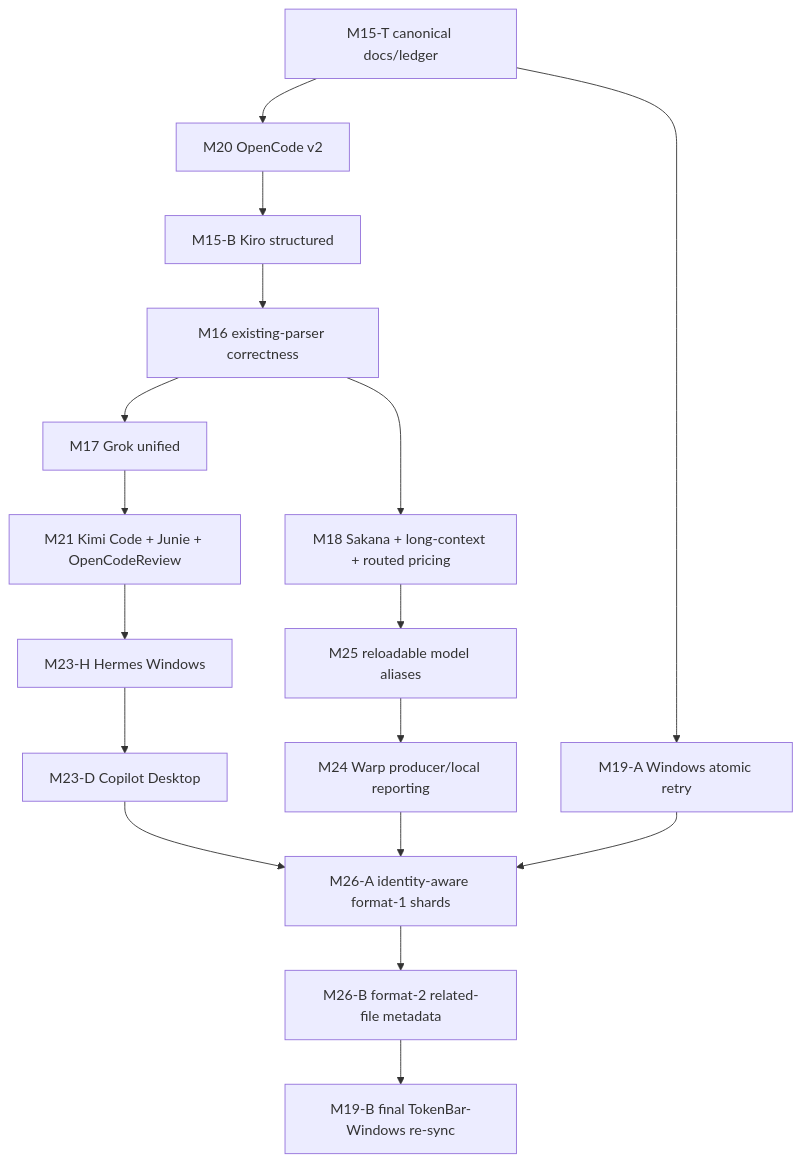
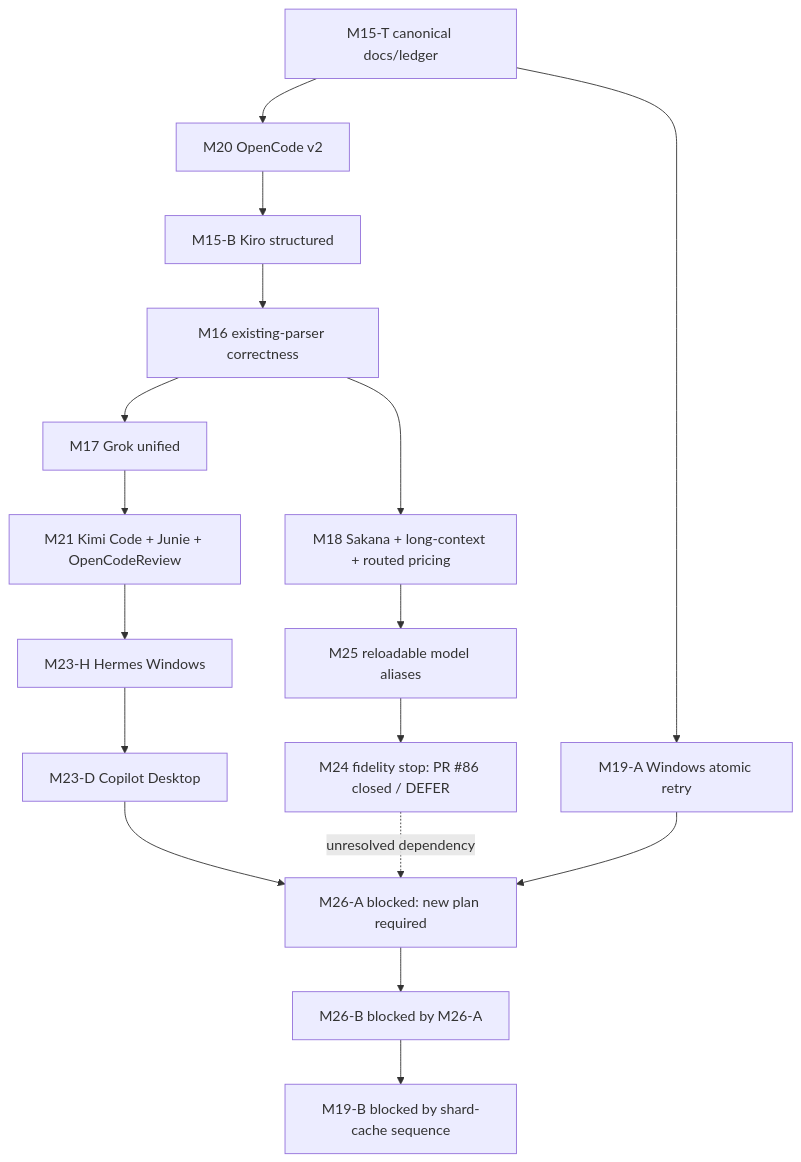
The first of 2 diagrams in docs/knowledge/plans/tokscale-alignment.md (Nanako0129/TokenBar), drawn with Mermaid before and after one commit. The commit also changed other lines of this file and 2 other files, not shown here.

First line of the commit message:
docs(vendor): defer M24 Warp alignment

````diff
--- a/docs/knowledge/plans/tokscale-alignment.md
+++ b/docs/knowledge/plans/tokscale-alignment.md
@@ -77,23 +78,23 @@
 ```mermaid
 flowchart TD
     T[M15-T canonical docs/ledger] --> O[M20 OpenCode v2]
     O --> K[M15-B Kiro structured]
     K --> C[M16 existing-parser correctness]
 
     C --> G[M17 Grok unified]
     G --> N1[M21 Kimi Code + Junie + OpenCodeReview]
     N1 --> H[M23-H Hermes Windows]
     H --> D[M23-D Copilot Desktop]
 
     C --> P[M18 Sakana + long-context + routed pricing]
     P --> A[M25 reloadable model aliases]
-    A --> W[M24 Warp producer/local reporting]
+    A --> W[M24 fidelity stop: PR #86 closed / DEFER]
 
     T --> F[M19-A Windows atomic retry]
 
-    D --> SA[M26-A identity-aware format-1 shards]
-    W --> SA
+    D --> SA[M26-A blocked: new plan required]
+    W -. unresolved dependency .-> SA
     F --> SA
-    SA --> SB[M26-B format-2 related-file metadata]
-    SB --> WS[M19-B final TokenBar-Windows re-sync]
+    SA --> SB[M26-B blocked by M26-A]
+    SB --> WS[M19-B blocked by shard-cache sequence]
 ```
````
